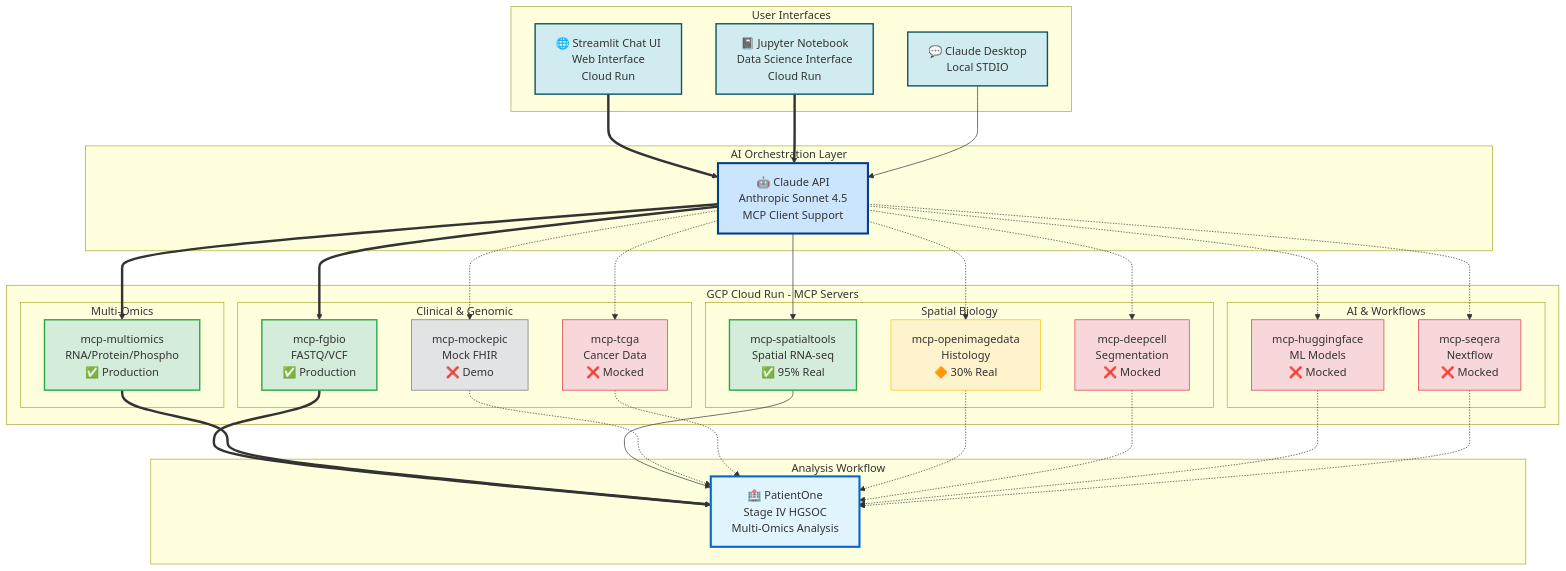
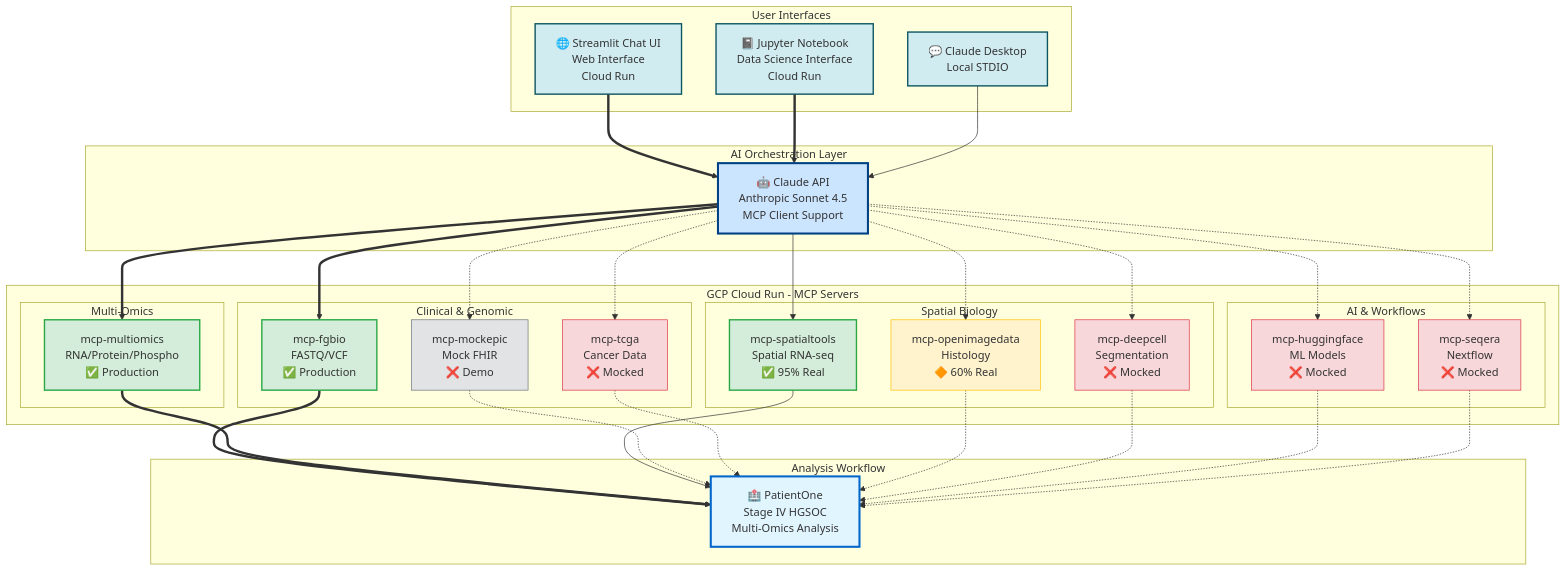
Before and after one commit to raymond301/precision-medicine-mcp: the second of 3 diagrams in README.md, drawn with Mermaid. The commit also changed other lines of this file and 4 other files, not shown here.

````diff
--- a/README.md
+++ b/README.md
@@ -164,78 +164,78 @@
 ```mermaid
 graph TB
     subgraph "User Interfaces"
         STREAMLIT[🌐 Streamlit Chat UI<br/>Web Interface<br/>Cloud Run]
         JUPYTER[📓 Jupyter Notebook<br/>Data Science Interface<br/>Cloud Run]
         DESKTOP[💬 Claude Desktop<br/>Local STDIO]
     end
 
     subgraph "AI Orchestration Layer"
         API[🤖 Claude API<br/>Anthropic Sonnet 4.5<br/>MCP Client Support]
     end
 
     subgraph "GCP Cloud Run - MCP Servers"
         subgraph "Clinical & Genomic"
             EPIC[mcp-mockepic<br/>Mock FHIR<br/>❌ Demo]
             FGBIO[mcp-fgbio<br/>FASTQ/VCF<br/>✅ Production]
             TCGA[mcp-tcga<br/>Cancer Data<br/>❌ Mocked]
         end
 
         subgraph "Multi-Omics"
             MULTI[mcp-multiomics<br/>RNA/Protein/Phospho<br/>✅ Production]
         end
 
         subgraph "Spatial Biology"
             SPATIAL[mcp-spatialtools<br/>Spatial RNA-seq<br/>✅ 95% Real]
-            IMAGE[mcp-openimagedata<br/>Histology<br/>🔶 30% Real]
+            IMAGE[mcp-openimagedata<br/>Histology<br/>🔶 60% Real]
             DEEPCELL[mcp-deepcell<br/>Segmentation<br/>❌ Mocked]
         end
 
         subgraph "AI & Workflows"
             HF[mcp-huggingface<br/>ML Models<br/>❌ Mocked]
             SEQERA[mcp-seqera<br/>Nextflow<br/>❌ Mocked]
         end
     end
 
     subgraph "Analysis Workflow"
         PATIENT[🏥 PatientOne<br/>Stage IV HGSOC<br/>Multi-Omics Analysis]
     end
 
     STREAMLIT ==> API
     JUPYTER ==> API
     DESKTOP --> API
 
     API ==> FGBIO
     API ==> MULTI
     API --> SPATIAL
     API -.-> EPIC
     API -.-> TCGA
     API -.-> IMAGE
     API -.-> DEEPCELL
     API -.-> HF
     API -.-> SEQERA
 
     FGBIO ==> PATIENT
     MULTI ==> PATIENT
     SPATIAL --> PATIENT
     EPIC -.-> PATIENT
     TCGA -.-> PATIENT
     IMAGE -.-> PATIENT
     DEEPCELL -.-> PATIENT
     HF -.-> PATIENT
     SEQERA -.-> PATIENT
 
     style STREAMLIT fill:#d1ecf1,stroke:#0c5460,stroke-width:2px
     style JUPYTER fill:#d1ecf1,stroke:#0c5460,stroke-width:2px
     style DESKTOP fill:#d1ecf1,stroke:#0c5460,stroke-width:2px
     style API fill:#cce5ff,stroke:#004085,stroke-width:3px
     style PATIENT fill:#e1f5ff,stroke:#0066cc,stroke-width:3px
     style FGBIO fill:#d4edda,stroke:#28a745,stroke-width:2px
     style MULTI fill:#d4edda,stroke:#28a745,stroke-width:2px
     style SPATIAL fill:#d4edda,stroke:#28a745,stroke-width:2px
     style IMAGE fill:#fff3cd,stroke:#ffc107,stroke-width:1px
     style TCGA fill:#f8d7da,stroke:#dc3545,stroke-width:1px
     style DEEPCELL fill:#f8d7da,stroke:#dc3545,stroke-width:1px
     style HF fill:#f8d7da,stroke:#dc3545,stroke-width:1px
     style SEQERA fill:#f8d7da,stroke:#dc3545,stroke-width:1px
     style EPIC fill:#e2e3e5,stroke:#6c757d,stroke-width:1px
 ```
````
